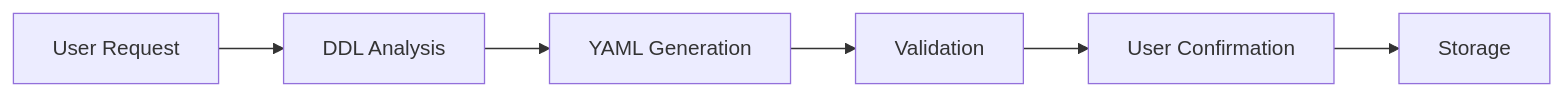
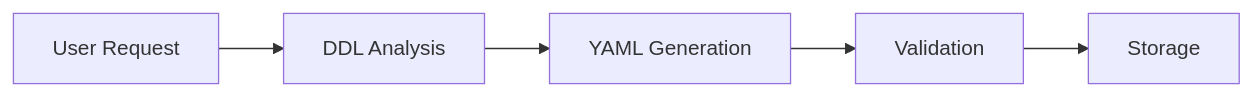
One commit to Datus-ai/Datus-agent changed the second of 8 diagrams in docs/subagent/builtin_subagents.md. Above: the diagram before and after it, drawn with Mermaid. The commit also changed other lines of this file and 11 other files, not shown here.

````diff
--- a/docs/subagent/builtin_subagents.md
+++ b/docs/subagent/builtin_subagents.md
@@ -252,8 +235,7 @@
 ```mermaid
 graph LR
     A[User Request] --> B[DDL Analysis]
     B --> C[YAML Generation]
     C --> D[Validation]
-    D --> E[User Confirmation]
-    E --> F[Storage]
+    D --> E[Storage]
 ```
````
